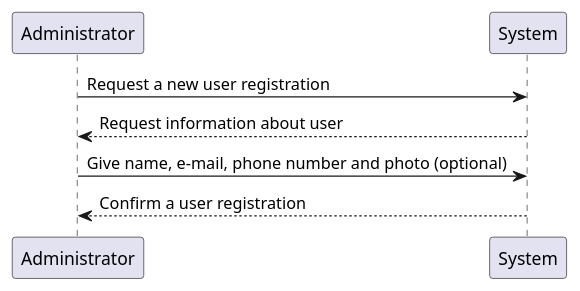
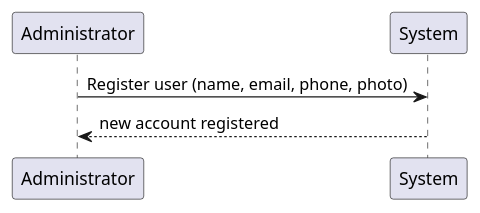
One commit to ivo-menezes/project_g3 changed the diagram in docs/modelling_design/user_stories/us002/US002_RegisterUserSSD.puml. Above: the diagram before and after it, drawn with PlantUML.

Commit message:
US002: Analysis: update Register User SSD

```diff
--- a/docs/modelling_design/user_stories/us002/US002_RegisterUserSSD.puml
+++ b/docs/modelling_design/user_stories/us002/US002_RegisterUserSSD.puml
@@ -1,8 +1,6 @@
 @startuml
-'https://plantuml.com/sequence-diagram
 
-Administrator -> System: Request a new user registration
-Administrator <-- System: Request information about user
-Administrator -> System: Give name, e-mail, phone number and photo (optional)
-Administrator <-- System: Confirm a user registration
+Administrator -> System: Register user (name, email, phone, photo)
+Administrator <-- System: new account registered
+
 @enduml
```
